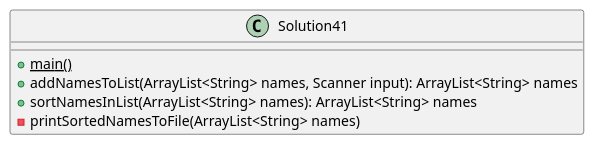
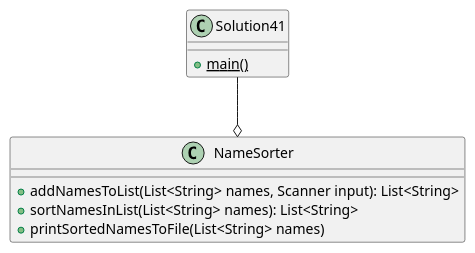
The diagram in exercise41/docs/Solution41.puml (peteperri/perri-a04), drawn with PlantUML before and after one commit. The commit also changed 8 other files, not shown here.

Commit message:
made ex41 more object oriented. added NameSorter class + modified UML diagram

```diff
--- a/exercise41/docs/Solution41.puml
+++ b/exercise41/docs/Solution41.puml
@@ -1,11 +1,14 @@
 @startuml
 'https://plantuml.com/class-diagram
 
 class Solution41{
 +{static} main()
-+addNamesToList(ArrayList<String> names, Scanner input): ArrayList<String> names
-+sortNamesInList(ArrayList<String> names): ArrayList<String> names
--printSortedNamesToFile(ArrayList<String> names)
+}
+class NameSorter{
++addNamesToList(List<String> names, Scanner input): List<String>
++sortNamesInList(List<String> names): List<String>
++printSortedNamesToFile(List<String> names)
 }
 
+Solution41 --o NameSorter
 @enduml
```
